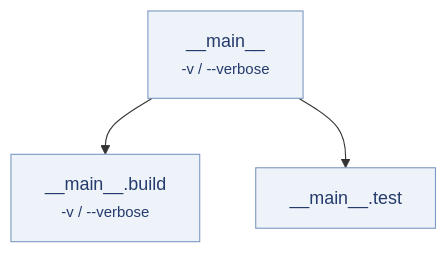
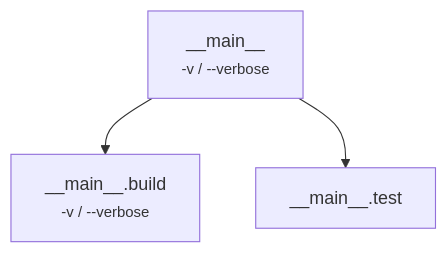
The diagram in docs/examples/subcommands.md (ambhora/kaira), drawn with Mermaid before and after one commit. The commit also changed 8 other files, not shown here.

````diff
--- a/docs/examples/subcommands.md
+++ b/docs/examples/subcommands.md
@@ -12,7 +12,5 @@
 ```mermaid
 flowchart TD
     R["__main__<br/><small>-v / --verbose</small>"] --> B["__main__.build<br/><small>-v / --verbose</small>"]
     R --> T["__main__.test"]
-    classDef lvl fill:#eef2f9,stroke:#7f9ac4,color:#243b6b;
-    class R,B,T lvl;
 ```
````
